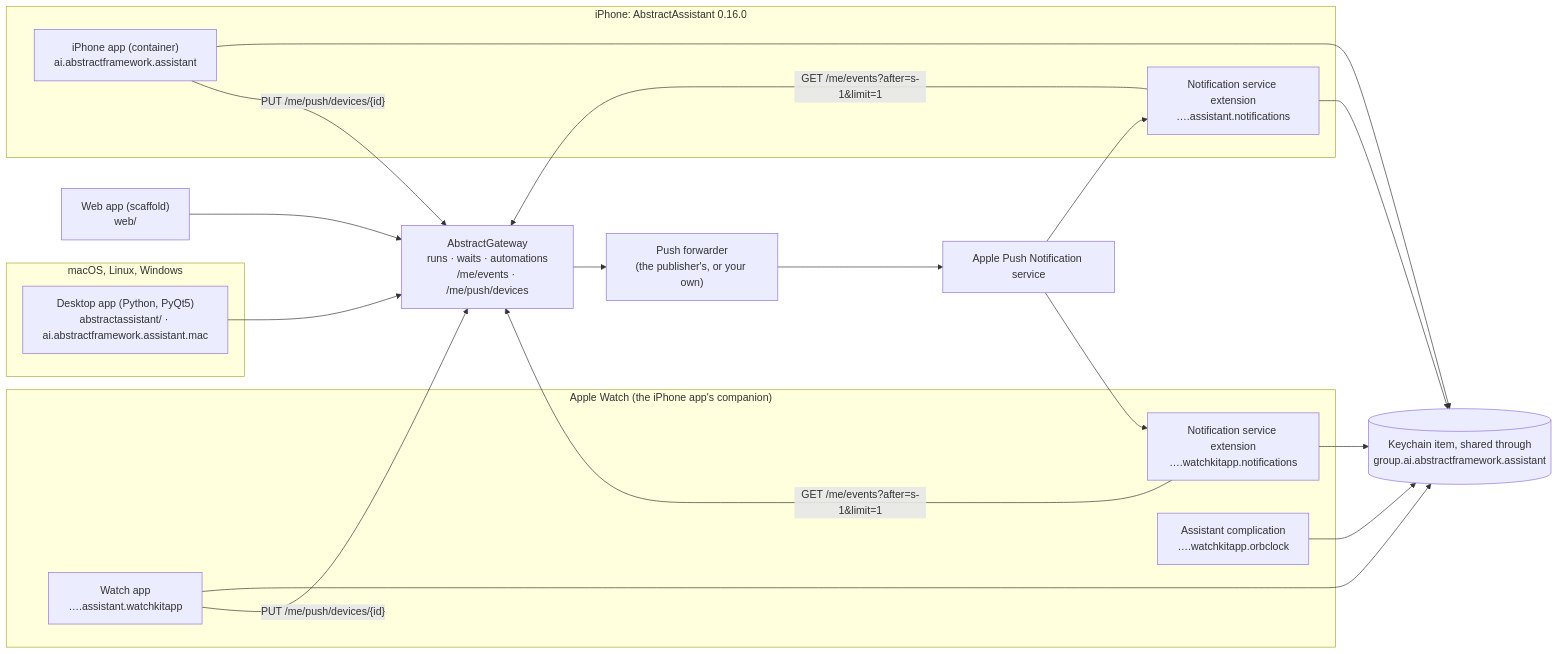
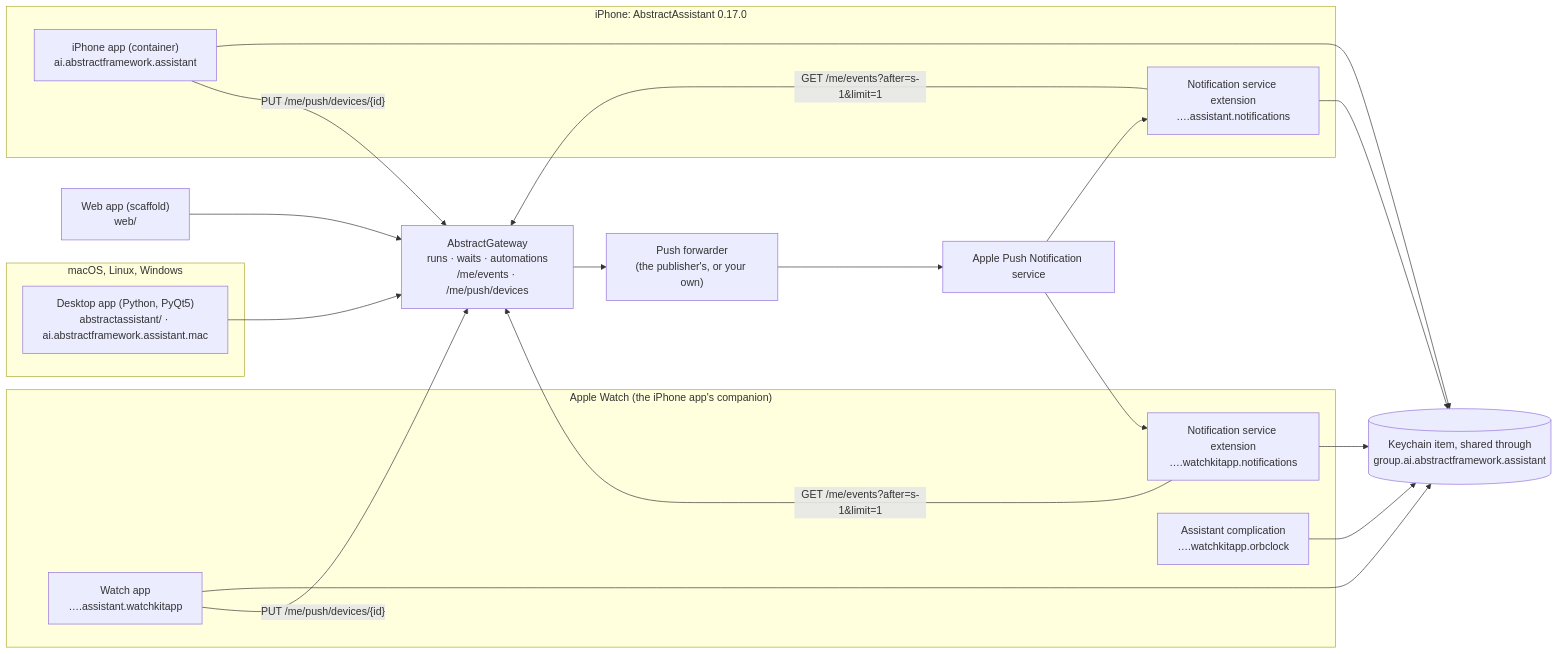
One commit to lpalbou/AbstractAssistant changed the fifth of 5 diagrams in docs/architecture.md. Above: the diagram before and after it, drawn with Mermaid. The commit also changed 12 other files, not shown here.

````diff
--- a/docs/architecture.md
+++ b/docs/architecture.md
@@ -440,35 +440,35 @@
 ```mermaid
 flowchart LR
   subgraph Mac["macOS, Linux, Windows"]
     Desk["Desktop app (Python, PyQt5)\nabstractassistant/ · ai.abstractframework.assistant.mac"]
   end
-  subgraph Phone["iPhone: AbstractAssistant 0.16.0"]
+  subgraph Phone["iPhone: AbstractAssistant 0.17.0"]
     PApp["iPhone app (container)\nai.abstractframework.assistant"]
     PNSE["Notification service extension\n….assistant.notifications"]
   end
   subgraph Wrist["Apple Watch (the iPhone app's companion)"]
     WApp["Watch app\n….assistant.watchkitapp"]
     WNSE["Notification service extension\n….watchkitapp.notifications"]
     Face["Assistant complication\n….watchkitapp.orbclock"]
   end
   Keys[("Keychain item, shared through\ngroup.ai.abstractframework.assistant")]
   Web["Web app (scaffold)\nweb/"]
   GW["AbstractGateway\nruns · waits · automations\n/me/events · /me/push/devices"]
   Fwd["Push forwarder\n(the publisher's, or your own)"]
   APNs["Apple Push Notification service"]
 
   PApp --> Keys
   PNSE --> Keys
   WApp --> Keys
   WNSE --> Keys
   Face --> Keys
   Desk --> GW
   Web --> GW
   PApp -- "PUT /me/push/devices/{id}" --> GW
   WApp -- "PUT /me/push/devices/{id}" --> GW
   GW --> Fwd --> APNs
   APNs --> PNSE
   APNs --> WNSE
   PNSE -- "GET /me/events?after=s-1&limit=1" --> GW
   WNSE -- "GET /me/events?after=s-1&limit=1" --> GW
 ```
````
